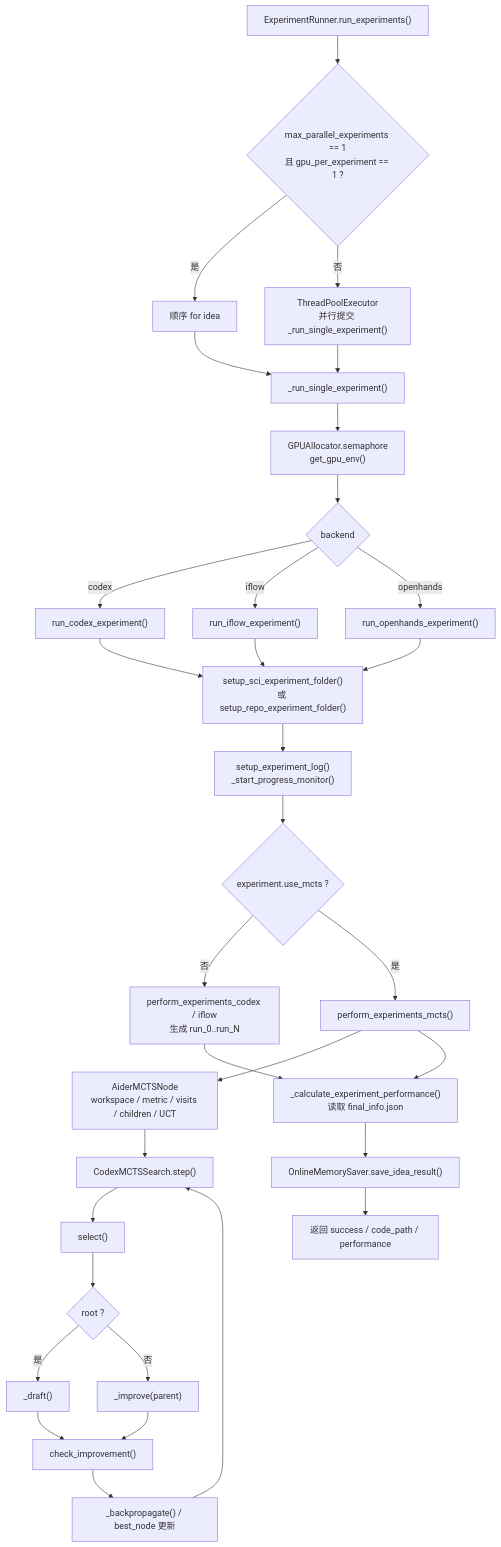
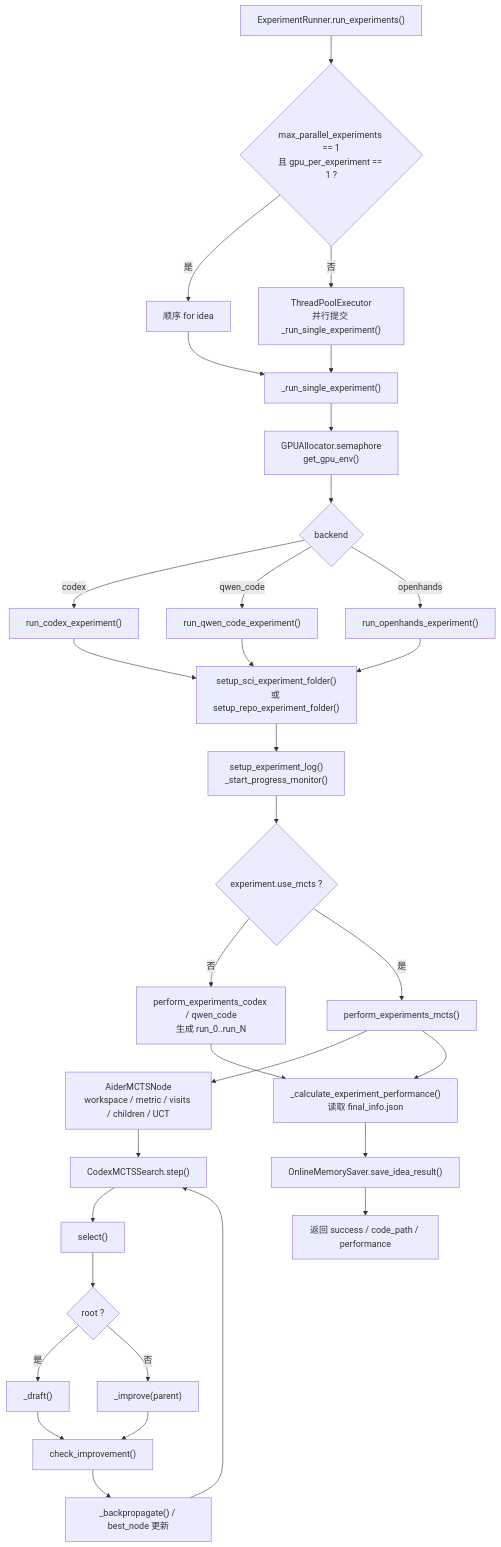
The eighth of 9 diagrams in docs/architecture.md (v6582374-netizen/Vegapunk), drawn with Mermaid before and after one commit. The commit also changed other lines of this file and 119 other files, not shown here.

````diff
--- a/docs/architecture.md
+++ b/docs/architecture.md
@@ -322,37 +322,37 @@
 ```mermaid
 flowchart TD
     ER["ExperimentRunner.run_experiments()"] --> Mode{"max_parallel_experiments == 1<br/>且 gpu_per_experiment == 1 ?"}
     Mode -- 是 --> Seq["顺序 for idea"]
     Mode -- 否 --> Par["ThreadPoolExecutor<br/>并行提交 _run_single_experiment()"]
     Seq --> Single["_run_single_experiment()"]
     Par --> Single
 
     Single --> GPU["GPUAllocator.semaphore<br/>get_gpu_env()"]
     GPU --> Backend{"backend"}
     Backend -- codex --> Codex["run_codex_experiment()"]
-    Backend -- iflow --> IFlow["run_iflow_experiment()"]
+    Backend -- qwen_code --> Qwen["run_qwen_code_experiment()"]
     Backend -- openhands --> OpenHands["run_openhands_experiment()"]
 
     Codex --> Setup["setup_sci_experiment_folder()<br/>或 setup_repo_experiment_folder()"]
-    IFlow --> Setup
+    Qwen --> Setup
     OpenHands --> Setup
     Setup --> Log["setup_experiment_log()<br/>_start_progress_monitor()"]
     Log --> MCTSFlag{"experiment.use_mcts ?"}
-    MCTSFlag -- 否 --> Normal["perform_experiments_codex / iflow<br/>生成 run_0..run_N"]
+    MCTSFlag -- 否 --> Normal["perform_experiments_codex / qwen_code<br/>生成 run_0..run_N"]
     MCTSFlag -- 是 --> MctsStart["perform_experiments_mcts()"]
     MctsStart --> Node["AiderMCTSNode<br/>workspace / metric / visits / children / UCT"]
     Node --> Step["CodexMCTSSearch.step()"]
     Step --> Select["select()"]
     Select --> DraftOrImprove{"root ?"}
     DraftOrImprove -- 是 --> Draft["_draft()"]
     DraftOrImprove -- 否 --> Improve["_improve(parent)"]
     Draft --> Check["check_improvement()"]
     Improve --> Check
     Check --> Back["_backpropagate() / best_node 更新"]
     Back --> Step
 
     Normal --> Metrics["_calculate_experiment_performance()<br/>读取 final_info.json"]
     MctsStart --> Metrics
     Metrics --> Online["OnlineMemorySaver.save_idea_result()"]
     Online --> Result["返回 success / code_path / performance"]
 ```
````
